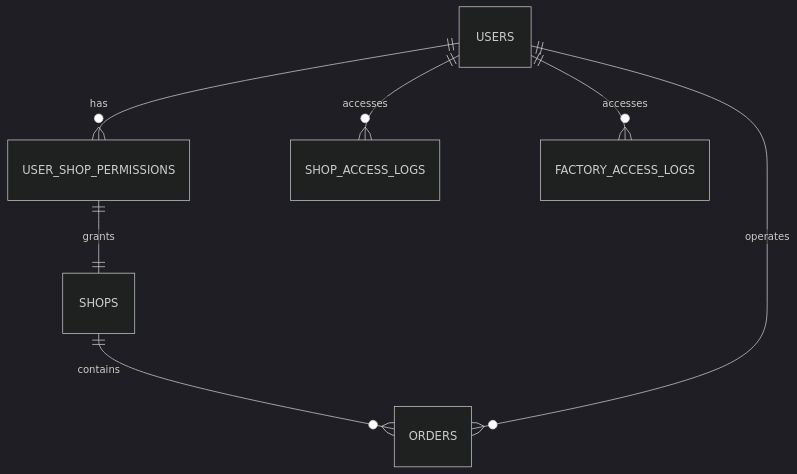
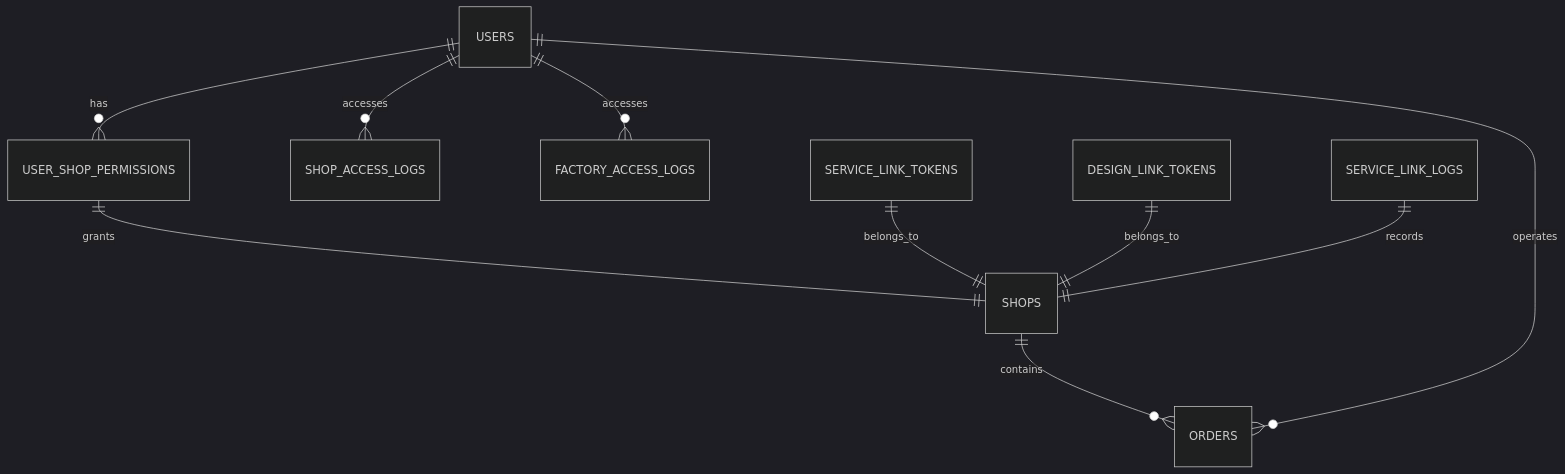
One commit to SY6621/POD-Order-Management changed the fifth of 18 diagrams in .qoder/repowiki/zh/content/开发指南/前后端API对接文档.md. Above: the diagram before and after it, drawn with Mermaid (dark theme). The commit also changed other lines of this file and 15 other files, not shown here.

````diff
--- a/.qoder/repowiki/zh/content/开发指南/前后端API对接文档.md
+++ b/.qoder/repowiki/zh/content/开发指南/前后端API对接文档.md
@@ -512,9 +844,12 @@
 ```mermaid
 erDiagram
 SHOPS ||--o{ ORDERS : "contains"
 USERS ||--o{ ORDERS : "operates"
 USERS ||--o{ USER_SHOP_PERMISSIONS : "has"
 USER_SHOP_PERMISSIONS ||--|| SHOPS : "grants"
 USERS ||--o{ SHOP_ACCESS_LOGS : "accesses"
 USERS ||--o{ FACTORY_ACCESS_LOGS : "accesses"
+SERVICE_LINK_TOKENS ||--|| SHOPS : "belongs_to"
+DESIGN_LINK_TOKENS ||--|| SHOPS : "belongs_to"
+SERVICE_LINK_LOGS ||--|| SHOPS : "records"
 ```
````
